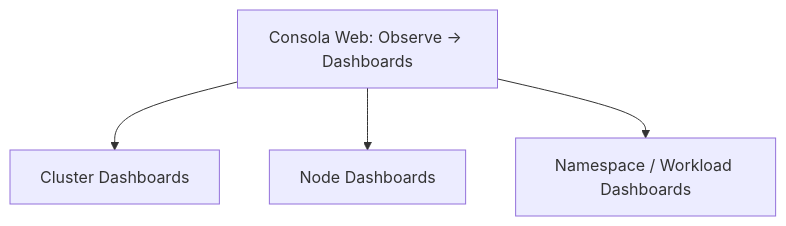
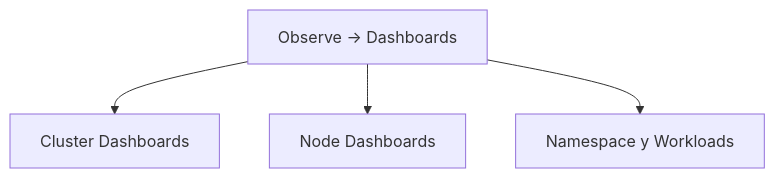
One commit to ieftraining/curso-openshift changed the second of 3 diagrams in docs/sesion3/3.1 Metricas y cuadros de mando.md. Above: the diagram before and after it, drawn with Mermaid. The commit also changed other lines of this file, not shown here.

````diff
--- a/docs/sesion3/3.1 Metricas y cuadros de mando.md
+++ b/docs/sesion3/3.1 Metricas y cuadros de mando.md
@@ -70,6 +61,8 @@
 ```mermaid
 flowchart TD
-    A[Consola Web: Observe -> Dashboards] --> B[Cluster Dashboards]
+    A[Observe → Dashboards]
+
+    A --> B[Cluster Dashboards]
     A --> C[Node Dashboards]
-    A --> D[Namespace / Workload Dashboards]
+    A --> D[Namespace y Workloads]
 ```
````
